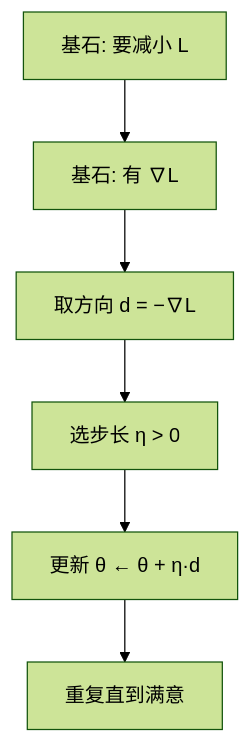
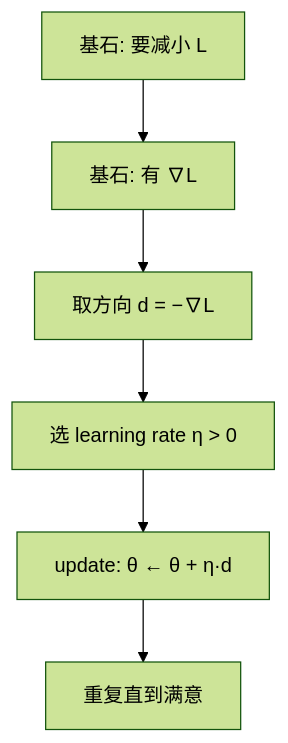
The second of 5 diagrams in .grok/skills/first-principles-learn/references/examples.md (hdy117/3dgs_tutorial), drawn with Mermaid (forest theme) before and after one commit. The commit also changed other lines of this file and 13 other files, not shown here.

````diff
--- a/.grok/skills/first-principles-learn/references/examples.md
+++ b/.grok/skills/first-principles-learn/references/examples.md
@@ -51,8 +56,8 @@
 ```mermaid
 flowchart TD
-  B1[基石: 要减小 L] --> B2[基石: 有 ∇L]
-  B2 --> B3[取方向 d = −∇L]
-  B3 --> B4[选步长 η > 0]
-  B4 --> B5["更新 θ ← θ + η·d"]
-  B5 --> B6[重复直到满意]
+  B1["基石: 要减小 L"] --> B2["基石: 有 ∇L"]
+  B2 --> B3["取方向 d = −∇L"]
+  B3 --> B4["选 learning rate η > 0"]
+  B4 --> B5["update: θ ← θ + η·d"]
+  B5 --> B6["重复直到满意"]
 ```
````
